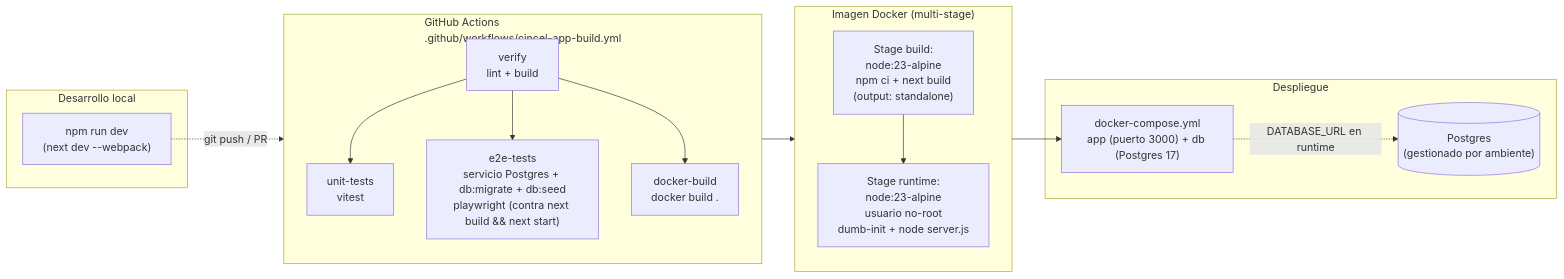
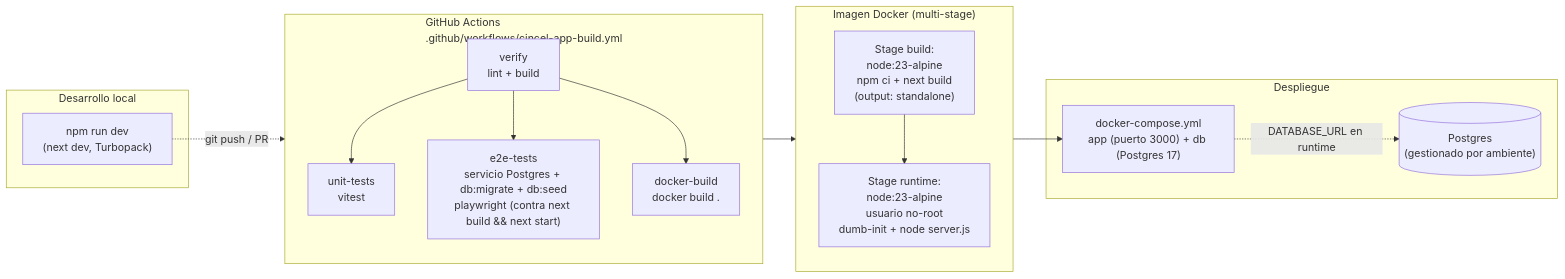
One commit to paulcincel-lab/cincel-workspace changed the third of 4 diagrams in cincel-app/README.md. Above: the diagram before and after it, drawn with Mermaid. The commit also changed other lines of this file and 156 other files, not shown here.

````diff
--- a/cincel-app/README.md
+++ b/cincel-app/README.md
@@ -101,32 +101,32 @@
 ```mermaid
 flowchart LR
     subgraph Dev["Desarrollo local"]
-        D1["npm run dev\n(next dev --webpack)"]
+        D1["npm run dev\n(next dev, Turbopack)"]
     end
 
     subgraph CI["GitHub Actions\n.github/workflows/cincel-app-build.yml"]
         V["verify\nlint + build"]
         UT["unit-tests\nvitest"]
         E2E["e2e-tests\nservicio Postgres + db:migrate + db:seed\nplaywright (contra next build && next start)"]
         DB["docker-build\ndocker build ."]
         V --> UT
         V --> E2E
         V --> DB
     end
 
     subgraph Image["Imagen Docker (multi-stage)"]
         B1["Stage build:\nnode:23-alpine\nnpm ci + next build\n(output: standalone)"]
         B2["Stage runtime:\nnode:23-alpine\nusuario no-root\ndumb-init + node server.js"]
         B1 --> B2
     end
 
     subgraph Runtime["Despliegue"]
         Compose["docker-compose.yml\napp (puerto 3000) + db (Postgres 17)"]
         PGProd[("Postgres\n(gestionado por ambiente)")]
     end
 
     D1 -.git push / PR.-> CI
     CI --> Image
     Image --> Compose
     Compose -.DATABASE_URL en runtime.-> PGProd
 ```
````
